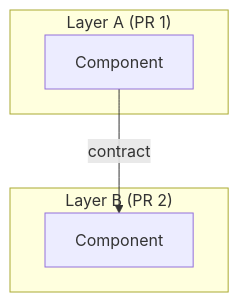
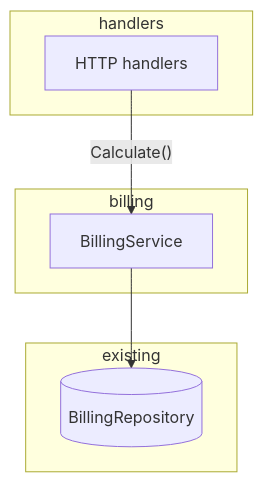
The diagram in skills/scope-and-plan/plan-template.md (gapuchi/ai), drawn with Mermaid before and after one commit. The commit also changed other lines of this file and 10 other files, not shown here.

````diff
--- a/skills/scope-and-plan/plan-template.md
+++ b/skills/scope-and-plan/plan-template.md
@@ -35,10 +59,14 @@
 ```mermaid
 flowchart TB
-  subgraph layer_a ["Layer A (PR 1)"]
-    A[Component]
+  subgraph handlers ["handlers"]
+    H[HTTP handlers]
   end
-  subgraph layer_b ["Layer B (PR 2)"]
-    B[Component]
+  subgraph billing ["billing"]
+    BS[BillingService]
   end
-  A -->|"contract"| B
+  subgraph data ["existing"]
+    BR[(BillingRepository)]
+  end
+  H -->|"Calculate()"| BS
+  BS --> BR
 ```
````
